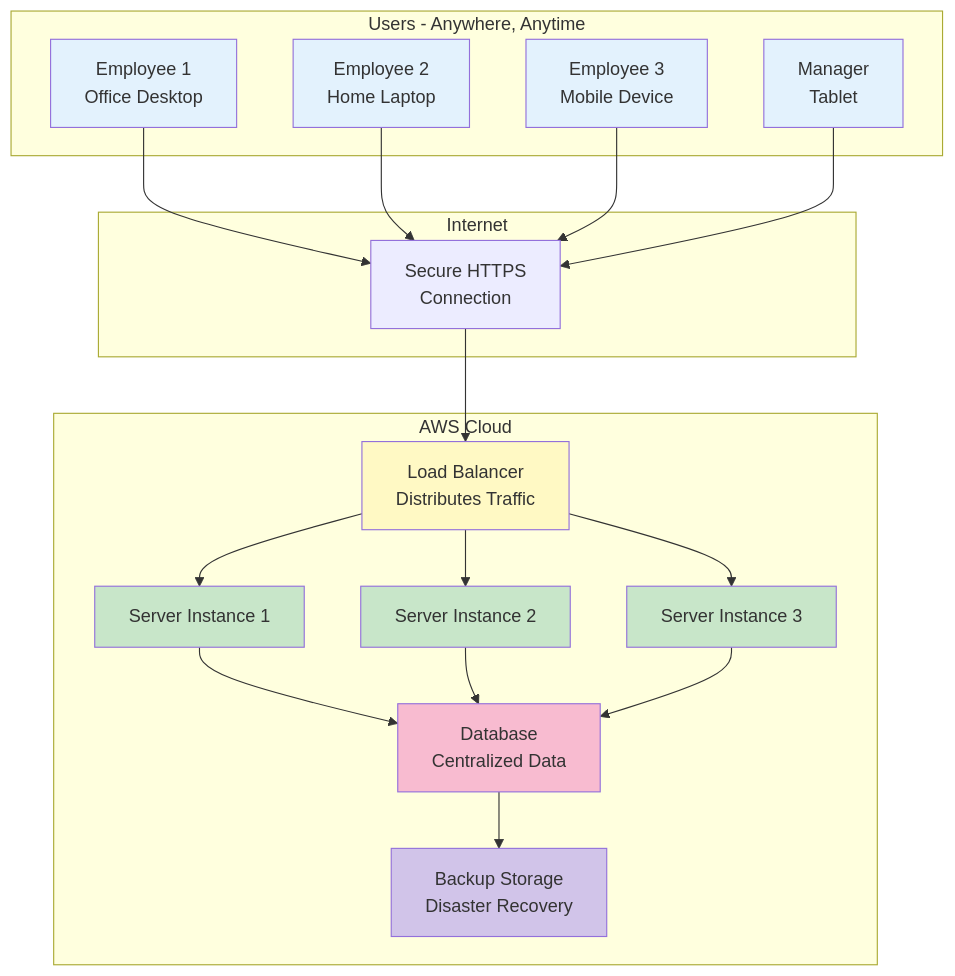
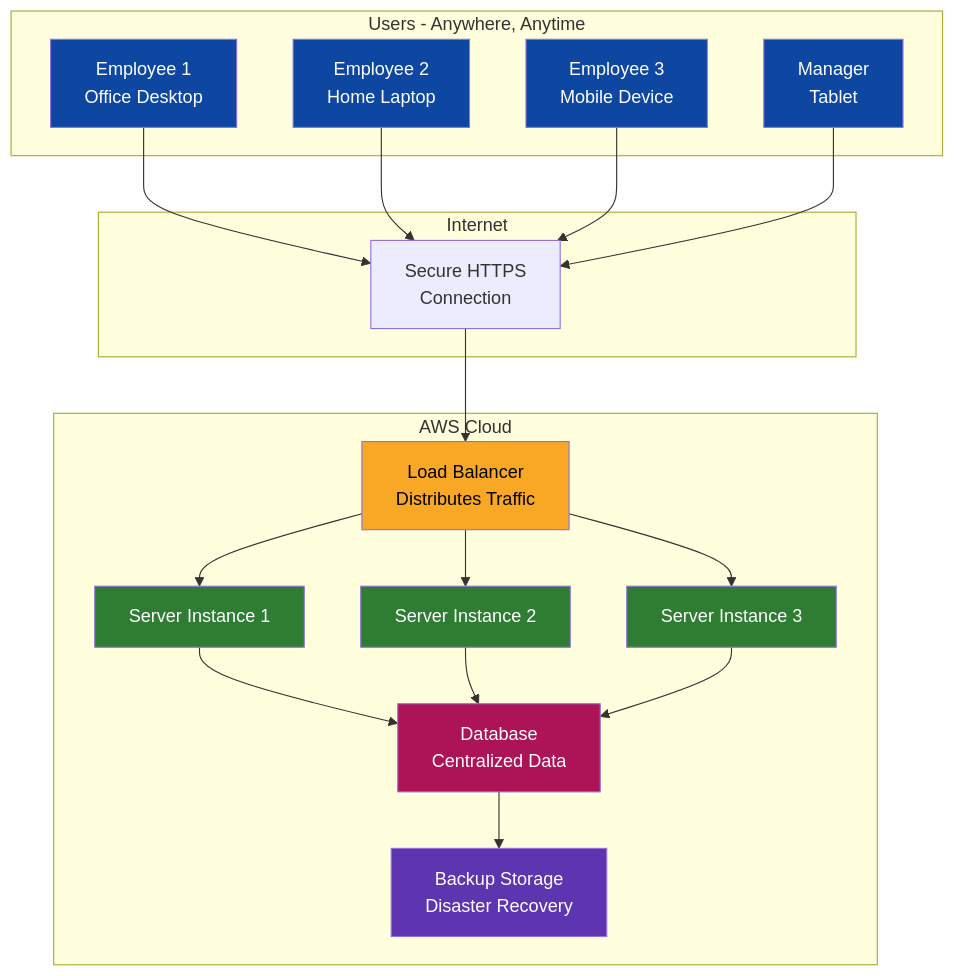
Before and after one commit to SamyamoyRakshitSigmoid/MCP-Exploration: the third of 15 diagrams in AWS_DEPLOYMENT_EXECUTIVE_GUIDE.md, drawn with Mermaid. The commit also changed other lines of this file, not shown here.

Commit message:
style: Update diagram colors for improved visibility and consistency

````diff
--- a/AWS_DEPLOYMENT_EXECUTIVE_GUIDE.md
+++ b/AWS_DEPLOYMENT_EXECUTIVE_GUIDE.md
@@ -101,46 +101,46 @@
 ```mermaid
 graph TB
     subgraph "Users - Anywhere, Anytime"
         A1[Employee 1<br/>Office Desktop]
         A2[Employee 2<br/>Home Laptop]
         A3[Employee 3<br/>Mobile Device]
         A4[Manager<br/>Tablet]
     end
     
     subgraph "Internet"
         B[Secure HTTPS<br/>Connection]
     end
     
     subgraph "AWS Cloud"
         C[Load Balancer<br/>Distributes Traffic]
         D1[Server Instance 1]
         D2[Server Instance 2]
         D3[Server Instance 3]
         E[Database<br/>Centralized Data]
         F[Backup Storage<br/>Disaster Recovery]
     end
     
     A1 --> B
     A2 --> B
     A3 --> B
     A4 --> B
     B --> C
     C --> D1
     C --> D2
     C --> D3
     D1 --> E
     D2 --> E
     D3 --> E
     E --> F
     
-    style A1 fill:#e3f2fd
-    style A2 fill:#e3f2fd
-    style A3 fill:#e3f2fd
-    style A4 fill:#e3f2fd
-    style C fill:#fff9c4
-    style D1 fill:#c8e6c9
-    style D2 fill:#c8e6c9
-    style D3 fill:#c8e6c9
-    style E fill:#f8bbd0
-    style F fill:#d1c4e9
+    style A1 fill:#0d47a1,color:#fff
+    style A2 fill:#0d47a1,color:#fff
+    style A3 fill:#0d47a1,color:#fff
+    style A4 fill:#0d47a1,color:#fff
+    style C fill:#f9a825,color:#000
+    style D1 fill:#2e7d32,color:#fff
+    style D2 fill:#2e7d32,color:#fff
+    style D3 fill:#2e7d32,color:#fff
+    style E fill:#ad1457,color:#fff
+    style F fill:#5e35b1,color:#fff
 ```
````
